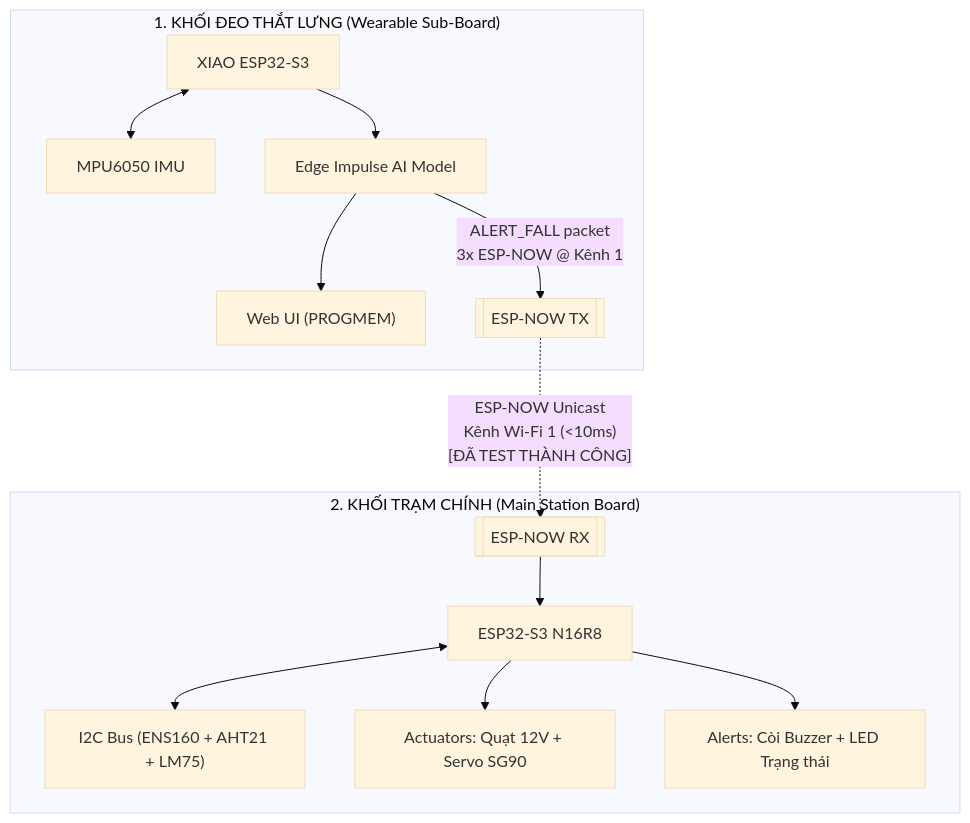
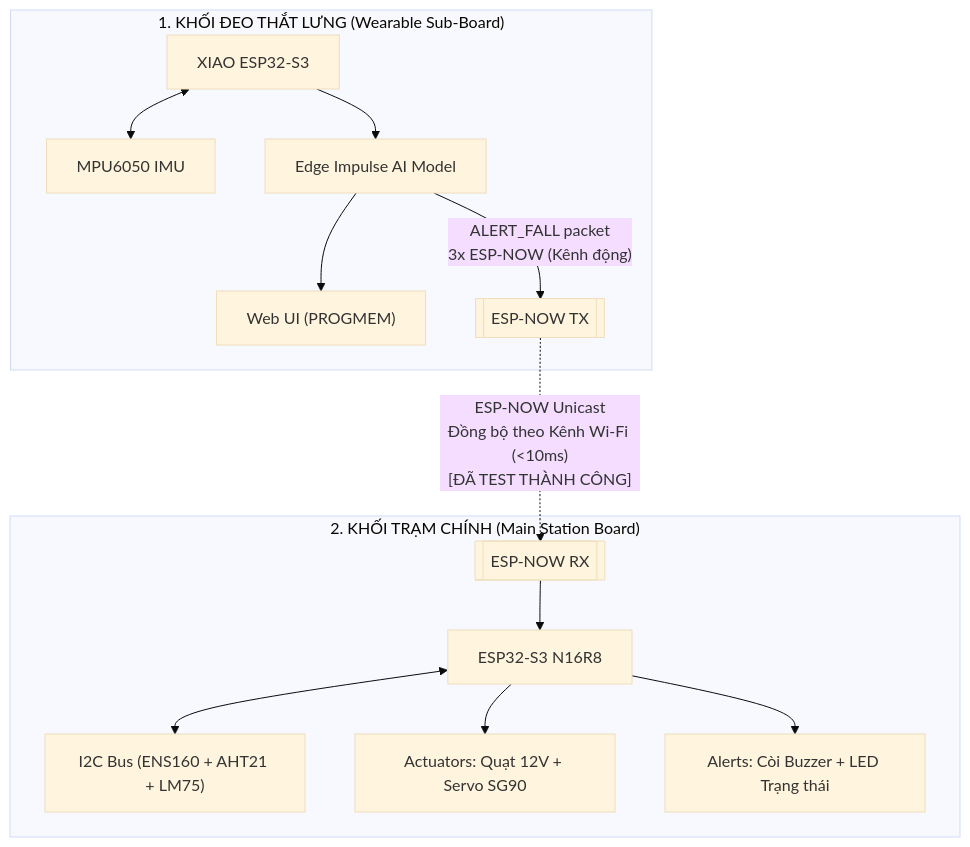
One commit to DKiet33/MAIN_PROJECT_THAYKIEN_MPU6050_XIAO changed the first of 2 diagrams in README.md. Above: the diagram before and after it, drawn with Mermaid (base theme). The commit also changed other lines of this file and 5 other files, not shown here.

````diff
--- a/README.md
+++ b/README.md
@@ -23,18 +23,18 @@
 ```mermaid
 flowchart TD
     subgraph Wearable["1. KHỐI ĐEO THẮT LƯNG (Wearable Sub-Board)"]
         A[XIAO ESP32-S3] <--> B[MPU6050 IMU]
         A --> C[Edge Impulse AI Model]
         C --> D["Web UI (PROGMEM)"]
-        C -->|"ALERT_FALL packet\n3x ESP-NOW @ Kênh 1"| E[["ESP-NOW TX"]]
+        C -->|"ALERT_FALL packet\n3x ESP-NOW (Kênh động)"| E[["ESP-NOW TX"]]
     end
 
     subgraph Main["2. KHỐI TRẠM CHÍNH (Main Station Board)"]
         F[["ESP-NOW RX"]] --> G[ESP32-S3 N16R8]
         G <--> H["I2C Bus (ENS160 + AHT21 + LM75)"]
         G --> I[Actuators: Quạt 12V + Servo SG90]
         G --> J[Alerts: Còi Buzzer + LED Trạng thái]
     end
 
-    E -. "ESP-NOW Unicast\nKênh Wi-Fi 1 (<10ms)\n[ĐÃ TEST THÀNH CÔNG]" .-> F
+    E -. "ESP-NOW Unicast\nĐồng bộ theo Kênh Wi-Fi (<10ms)\n[ĐÃ TEST THÀNH CÔNG]" .-> F
 ```
````
